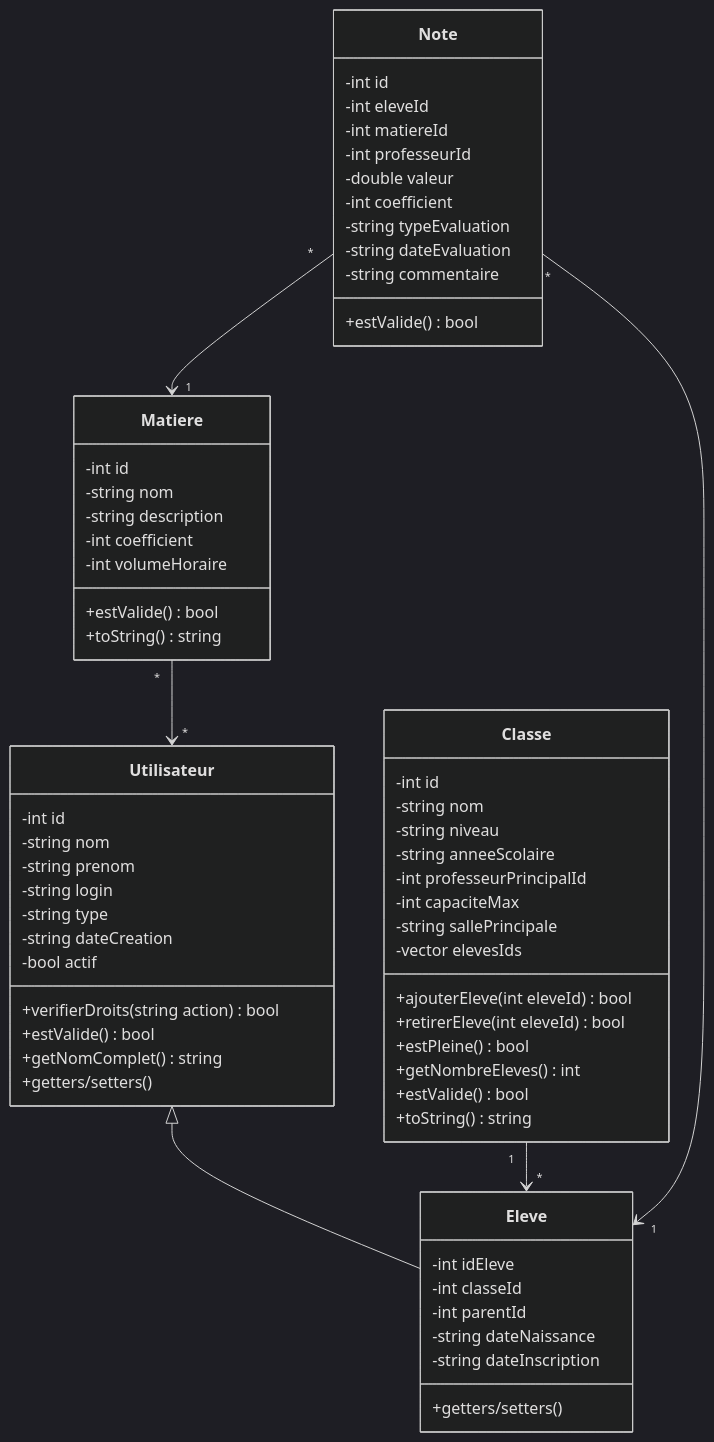
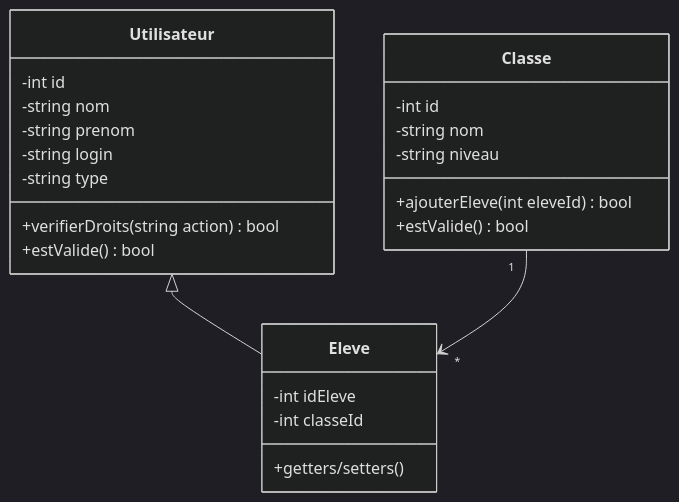
The first of 2 diagrams in README.md (sorooty/PROJET-ECOSYSTEM-ERP), drawn with Mermaid (dark theme) before and after one commit. The commit also changed other lines of this file, not shown here.

````diff
--- a/README.md
+++ b/README.md
@@ -127,74 +376,29 @@
 ```mermaid
 classDiagram
-    %% Classes de base
     class Utilisateur {
         -int id
         -string nom
         -string prenom
         -string login
         -string type
-        -string dateCreation
-        -bool actif
         +verifierDroits(string action) bool
         +estValide() bool
-        +getNomComplet() string
-        +getters/setters()
     }
 
     class Eleve {
         -int idEleve
         -int classeId
-        -int parentId
-        -string dateNaissance
-        -string dateInscription
         +getters/setters()
     }
 
     class Classe {
         -int id
         -string nom
         -string niveau
-        -string anneeScolaire
-        -int professeurPrincipalId
-        -int capaciteMax
-        -string sallePrincipale
-        -vector<int> elevesIds
         +ajouterEleve(int eleveId) bool
-        +retirerEleve(int eleveId) bool
-        +estPleine() bool
-        +getNombreEleves() int
-        +estValide() bool
-        +toString() string
-    }
-
-    class Matiere {
-        -int id
-        -string nom
-        -string description
-        -int coefficient
-        -int volumeHoraire
-        +estValide() bool
-        +toString() string
-    }
-
-    class Note {
-        -int id
-        -int eleveId
-        -int matiereId
-        -int professeurId
-        -double valeur
-        -int coefficient
-        -string typeEvaluation
-        -string dateEvaluation
-        -string commentaire
         +estValide() bool
     }
 
-    %% Relations
     Utilisateur <|-- Eleve
     Classe "1" --> "*" Eleve
-    Matiere "*" --> "*" Utilisateur
-    Note "*" --> "1" Eleve
-    Note "*" --> "1" Matiere
-
 ```
````
